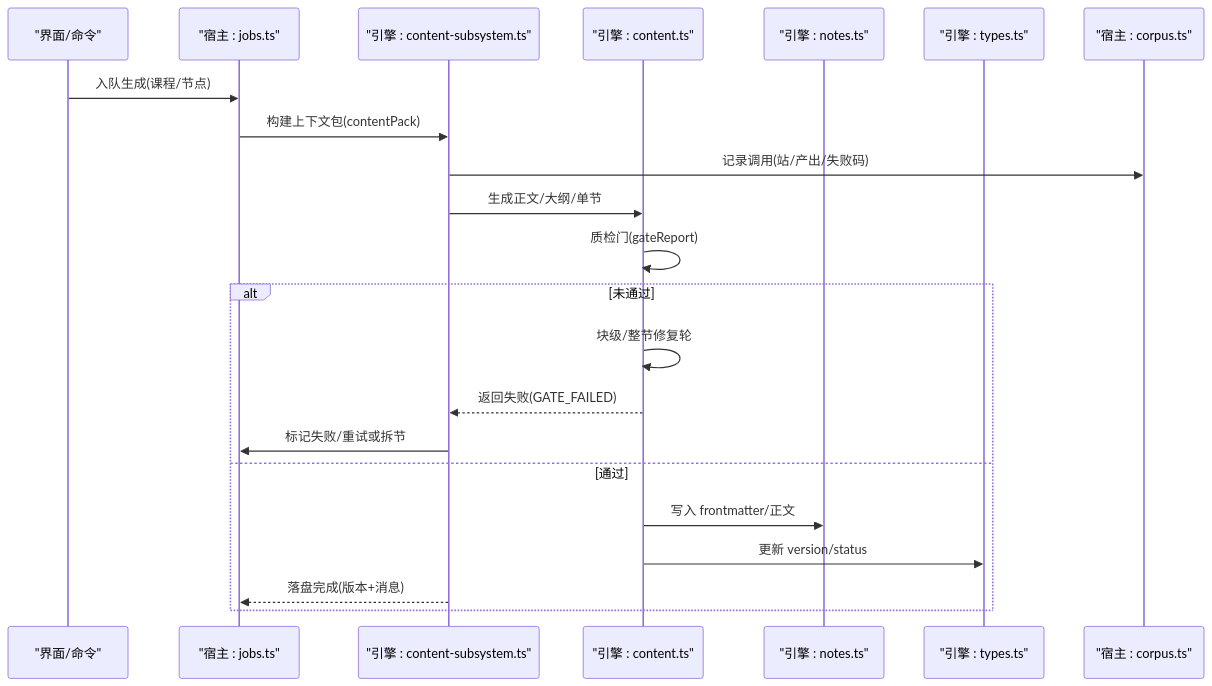
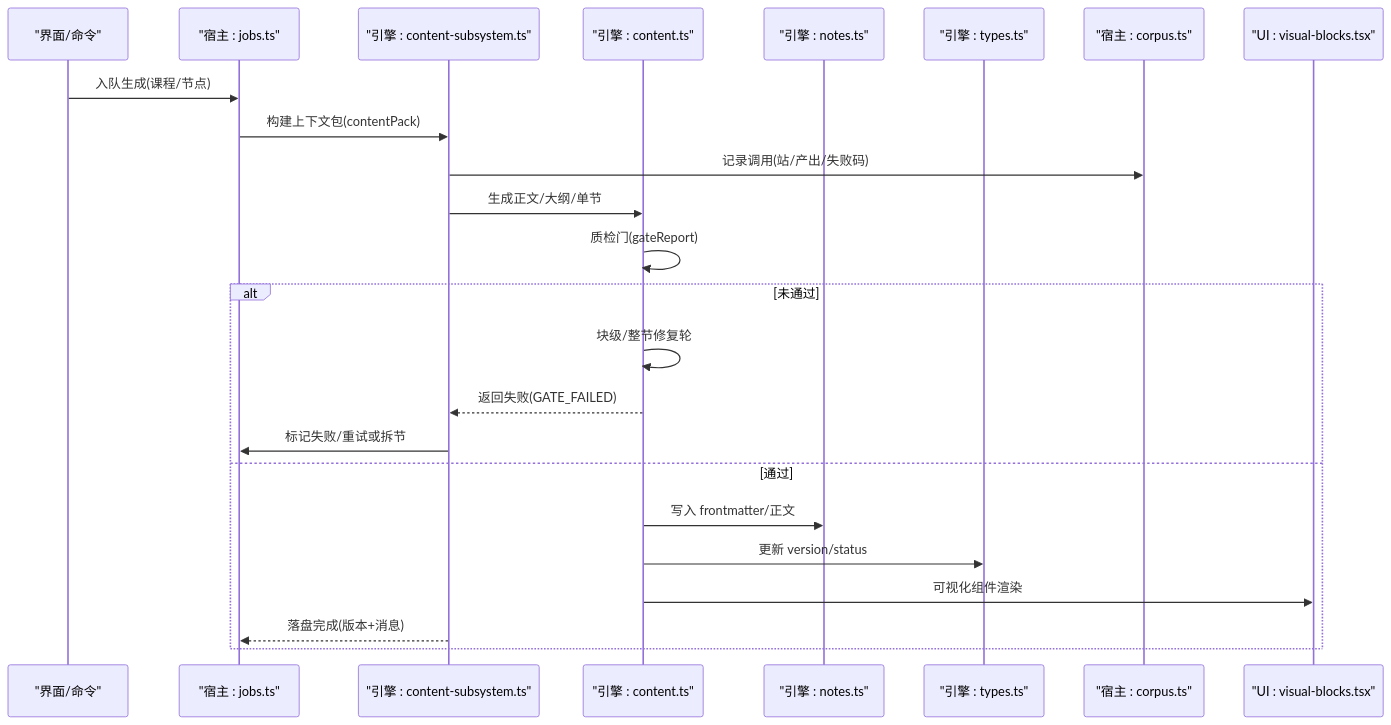
One commit to maozhijie/learnhub-plugin changed the second of 10 diagrams in .qoder/repowiki/zh/content/架构设计/数据流设计/内容数据流/内容数据流.md. Above: the diagram before and after it, drawn with Mermaid. The commit also changed other lines of this file and 8 other files, not shown here.

````diff
--- a/.qoder/repowiki/zh/content/架构设计/数据流设计/内容数据流/内容数据流.md
+++ b/.qoder/repowiki/zh/content/架构设计/数据流设计/内容数据流/内容数据流.md
@@ -100,24 +122,26 @@
 ```mermaid
 sequenceDiagram
 participant UI as "界面/命令"
 participant Host as "宿主 : jobs.ts"
 participant Eng as "引擎 : content-subsystem.ts"
 participant C as "引擎 : content.ts"
 participant N as "引擎 : notes.ts"
 participant T as "引擎 : types.ts"
 participant Corpus as "宿主 : corpus.ts"
+participant V as "UI : visual-blocks.tsx"
 UI->>Host : 入队生成(课程/节点)
 Host->>Eng : 构建上下文包(contentPack)
 Eng->>Corpus : 记录调用(站/产出/失败码)
 Eng->>C : 生成正文/大纲/单节
 C->>C : 质检门(gateReport)
 alt 未通过
 C->>C : 块级/整节修复轮
 C-->>Eng : 返回失败(GATE_FAILED)
 Eng->>Host : 标记失败/重试或拆节
 else 通过
 C->>N : 写入 frontmatter/正文
 C->>T : 更新 version/status
+C->>V : 可视化组件渲染
 Eng-->>Host : 落盘完成(版本+消息)
 end
 ```
````
